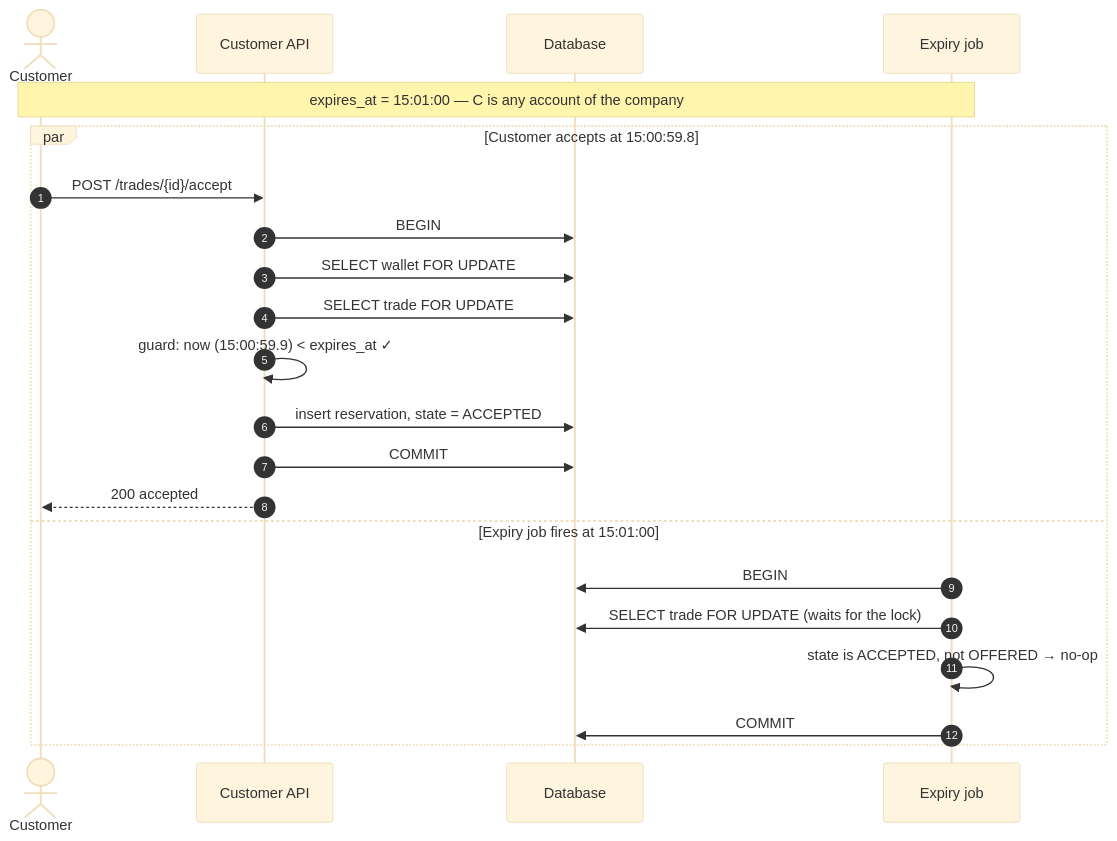
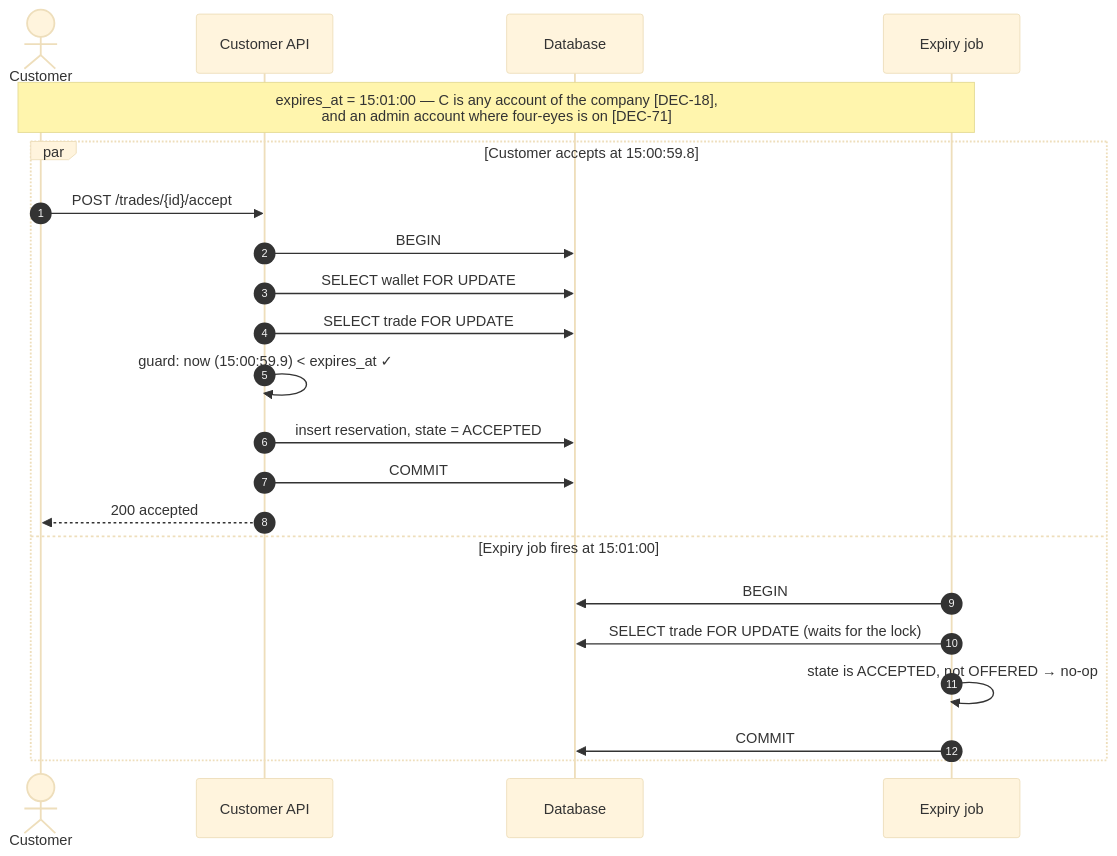
One commit to lukastosic-ifd/peakpowerspecs changed the fifth of 6 diagrams in specs/40-processes/01-trade-lifecycle.md. Above: the diagram before and after it, drawn with Mermaid (base theme). The commit also changed other lines of this file and 66 other files, not shown here.

````diff
--- a/specs/40-processes/01-trade-lifecycle.md
+++ b/specs/40-processes/01-trade-lifecycle.md
@@ -196,26 +311,26 @@
 ```mermaid
 sequenceDiagram
     autonumber
     actor C as Customer
     participant API as Customer API
     participant DB as Database
     participant JOB as Expiry job
 
-    Note over C,JOB: expires_at = 15:01:00 — C is any account of the company
+    Note over C,JOB: expires_at = 15:01:00 — C is any account of the company [DEC-18],<br/>and an admin account where four-eyes is on [DEC-71]
 
     par Customer accepts at 15:00:59.8
         C->>API: POST /trades/{id}/accept
         API->>DB: BEGIN
         API->>DB: SELECT wallet FOR UPDATE
         API->>DB: SELECT trade FOR UPDATE
         API->>API: guard: now (15:00:59.9) < expires_at ✓
         API->>DB: insert reservation, state = ACCEPTED
         API->>DB: COMMIT
         API-->>C: 200 accepted
     and Expiry job fires at 15:01:00
         JOB->>DB: BEGIN
         JOB->>DB: SELECT trade FOR UPDATE (waits for the lock)
         JOB->>JOB: state is ACCEPTED, not OFFERED → no-op
         JOB->>DB: COMMIT
     end
 ```
````
